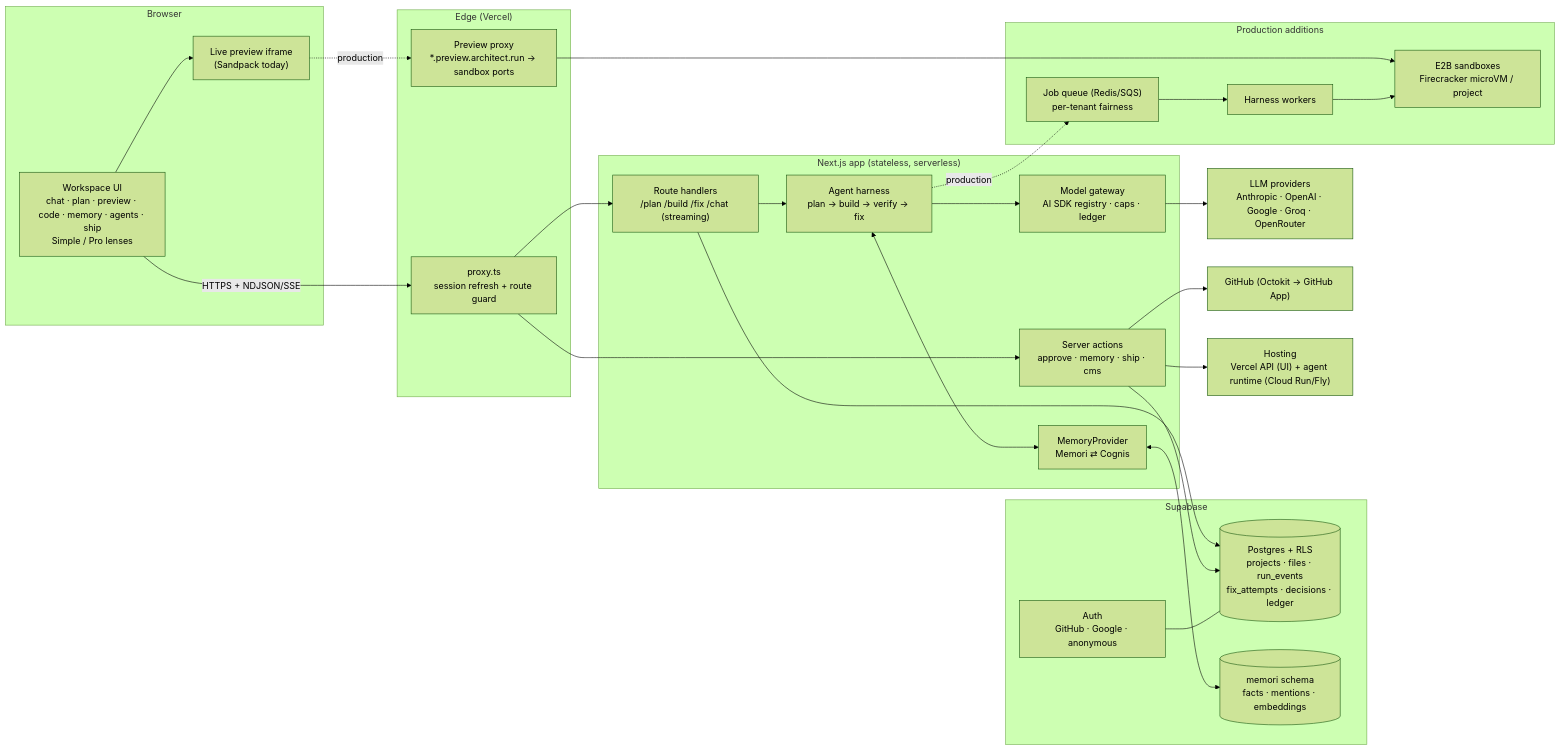
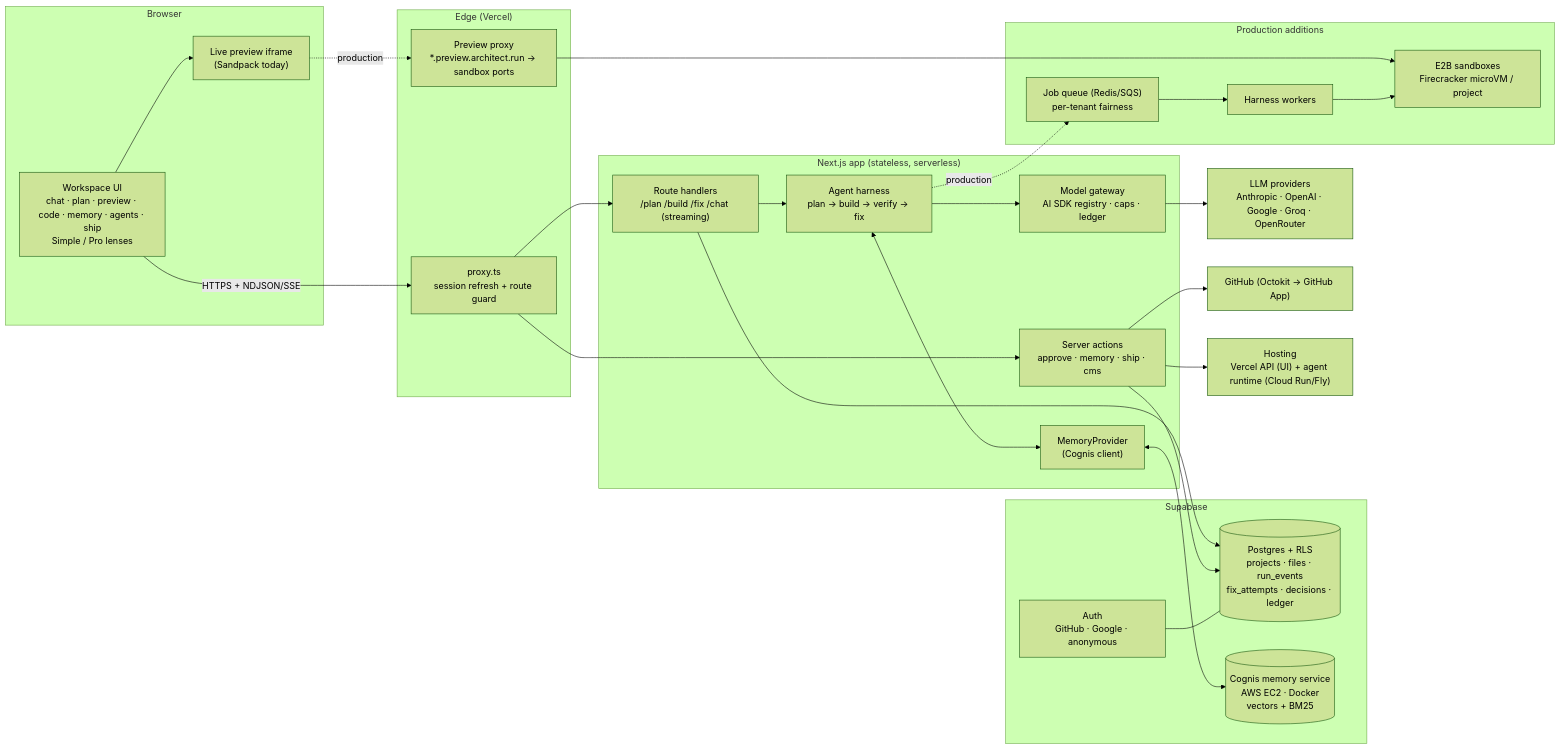
One commit to mannan-naidu/lyzr-architect-2 changed the second of 4 diagrams in ARCHITECTURE.md. Above: the diagram before and after it, drawn with Mermaid (forest theme). The commit also changed other lines of this file and 29 other files, not shown here.

First line of the commit message:
Builder memory on Lyzr Cognis as a Docker service on AWS (ADR-006)

````diff
--- a/ARCHITECTURE.md
+++ b/ARCHITECTURE.md
@@ -161,47 +161,47 @@
 ```mermaid
 flowchart LR
   subgraph Client["Browser"]
     UI["Workspace UI<br/>chat · plan · preview · code · memory · agents · ship<br/>Simple / Pro lenses"]
     SP["Live preview iframe<br/>(Sandpack today)"]
   end
 
   subgraph Edge["Edge (Vercel)"]
     PX["proxy.ts<br/>session refresh + route guard"]
     PP["Preview proxy<br/>*.preview.architect.run → sandbox ports"]
   end
 
   subgraph App["Next.js app (stateless, serverless)"]
     RH["Route handlers<br/>/plan /build /fix /chat (streaming)"]
     SA["Server actions<br/>approve · memory · ship · cms"]
     HAR["Agent harness<br/>plan → build → verify → fix"]
     GW["Model gateway<br/>AI SDK registry · caps · ledger"]
-    MP["MemoryProvider<br/>Memori ⇄ Cognis"]
+    MP["MemoryProvider<br/>(Cognis client)"]
   end
 
   subgraph Data["Supabase"]
     PG[("Postgres + RLS<br/>projects · files · run_events<br/>fix_attempts · decisions · ledger")]
-    MEM[("memori schema<br/>facts · mentions · embeddings")]
+    MEM[("Cognis memory service<br/>AWS EC2 · Docker<br/>vectors + BM25")]
     AUTH["Auth<br/>GitHub · Google · anonymous"]
   end
 
   subgraph Workers["Production additions"]
     Q["Job queue (Redis/SQS)<br/>per-tenant fairness"]
     WK["Harness workers"]
     E2B["E2B sandboxes<br/>Firecracker microVM / project"]
   end
 
   LLM["LLM providers<br/>Anthropic · OpenAI · Google · Groq · OpenRouter"]
   GH["GitHub (Octokit → GitHub App)"]
   HOST["Hosting<br/>Vercel API (UI) + agent runtime (Cloud Run/Fly)"]
 
   UI -->|HTTPS + NDJSON/SSE| PX --> RH & SA
   RH --> HAR --> GW --> LLM
   HAR <--> MP <--> MEM
   RH & SA --> PG
   AUTH --- PG
   UI --> SP
   SP -. production .-> PP --> E2B
   HAR -. production .-> Q --> WK --> E2B
   SA --> GH
   SA --> HOST
 ```
````
